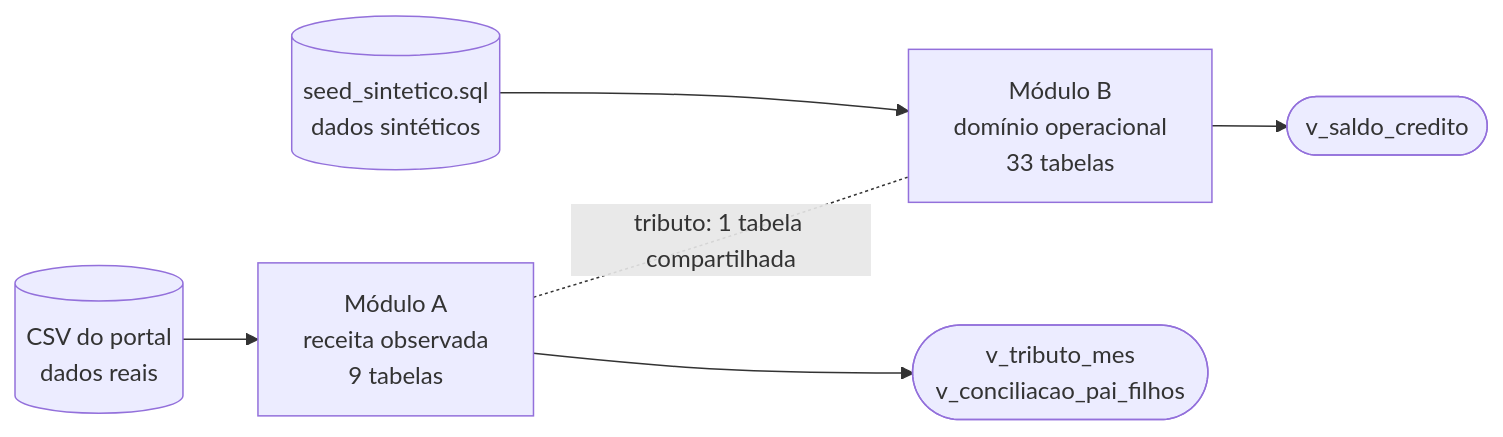
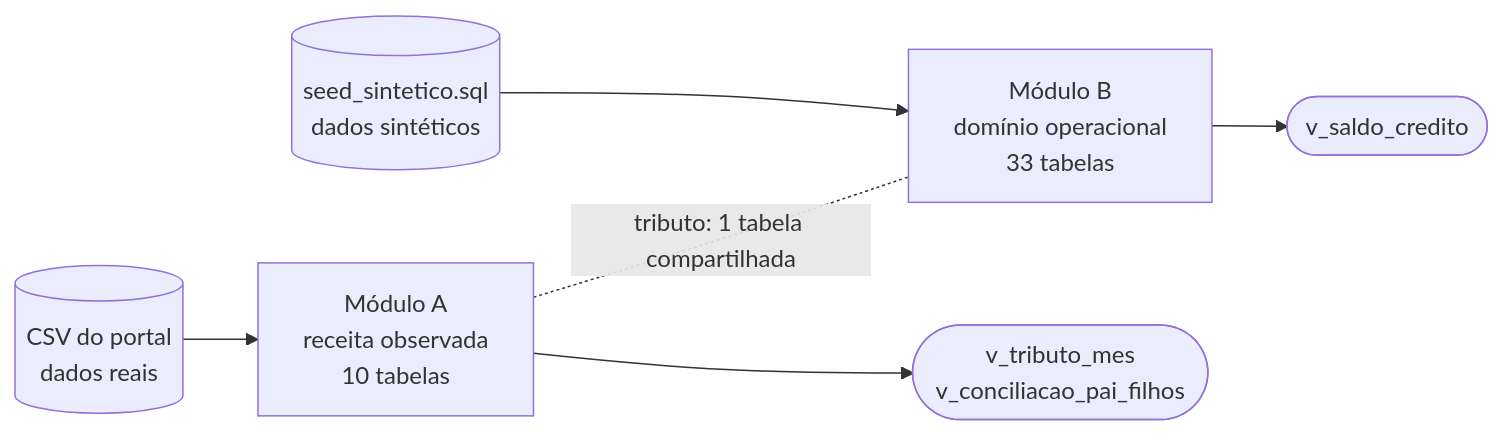
The first of 7 diagrams in docs/parte2/1_diagrama_er_3fn.md (guilhermercmoraes-tech/PI2_Sprint2-Grupo-1-UFT), drawn with Mermaid before and after one commit. The commit also changed other lines of this file and 23 other files, not shown here.

````diff
--- a/docs/parte2/1_diagrama_er_3fn.md
+++ b/docs/parte2/1_diagrama_er_3fn.md
@@ -15,8 +15,8 @@
 ```mermaid
 flowchart LR
-    CSV[(CSV do portal<br/>dados reais)] --> A["Módulo A<br/>receita observada<br/>9 tabelas"]
+    CSV[(CSV do portal<br/>dados reais)] --> A["Módulo A<br/>receita observada<br/>10 tabelas"]
     SEED[(seed_sintetico.sql<br/>dados sintéticos)] --> B["Módulo B<br/>domínio operacional<br/>33 tabelas"]
     A -. "tributo: 1 tabela compartilhada" .- B
     A --> VA(["v_tributo_mes<br/>v_conciliacao_pai_filhos"])
     B --> VB(["v_saldo_credito"])
 ```
````
